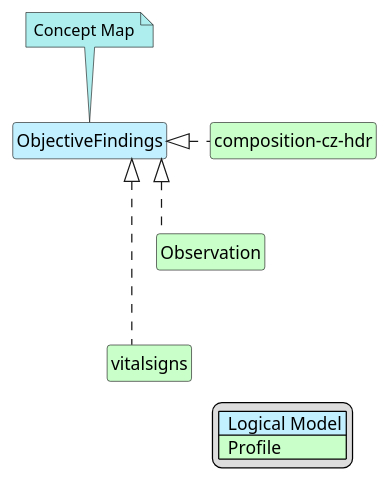
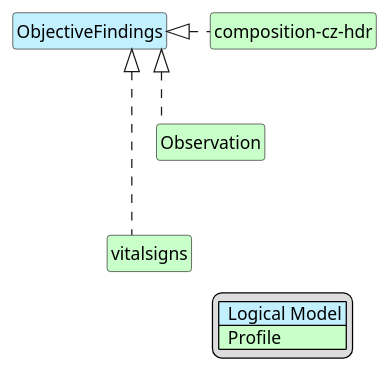
Before and after one commit to HL7-cz/hdr: the diagram in input/images-source/ObjectiveFindings-map.plantuml, drawn with PlantUML. The commit also changed 29 other files, not shown here.

```diff
--- a/input/images-source/ObjectiveFindings-map.plantuml
+++ b/input/images-source/ObjectiveFindings-map.plantuml
@@ -1,27 +1,25 @@
 @startuml
 hide circle
 hide stereotype
 hide members
 hide methods
 skinparam linetype ortho
 skinparam class {
 BackgroundColor<<LogicalModel>> #APPLICATION
 BackgroundColor<<Profile>> #TECHNOLOGY
 }
 legend right
 | <#APPLICATION>  Logical Model |
 | <#TECHNOLOGY>  Profile |
 endlegend
 class "ObjectiveFindings" <<LogicalModel>> [[StructureDefinition-ObjectiveFindingsCz.html]]
-note top #PaleTurquoise [[ConceptMap-hdr2FHIR-cz-hdr.html]]
-Concept Map
-endnote
+
 class "composition-cz-hdr" <<Profile>> [[StructureDefinition-cz-composition-hdr.html]]
 "ObjectiveFindings" <|. "composition-cz-hdr"
 class "Observation" <<Profile>> [[http://hl7.org/fhir/StructureDefinition/Observation]]
 "ObjectiveFindings" <|. "Observation"
 "composition-cz-hdr" -d[hidden]-> "Observation"
 class "vitalsigns" <<Profile>> [[http://hl7.org/fhir/StructureDefinition/vitalsigns]]
 "ObjectiveFindings" <|. "vitalsigns"
 "Observation" -d[hidden]-> "vitalsigns"
 @enduml
```
